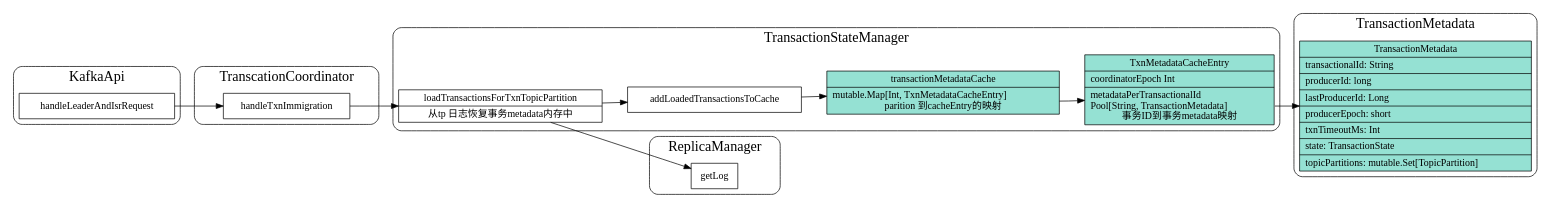
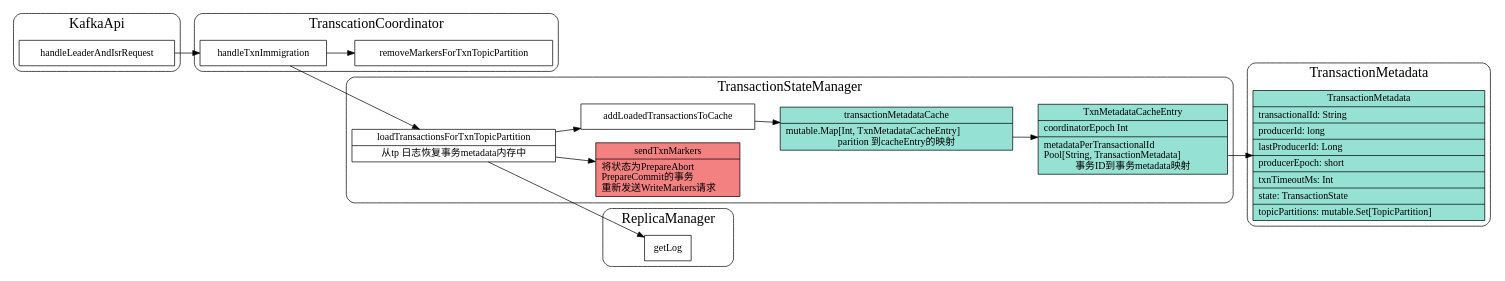
Before and after one commit to xieyu/blog: the diagram in src/kafka/txn-immigration.dot, drawn with Graphviz. The commit also changed 2 other files, not shown here.

Commit message:
draft: refine blog about kafka txn

```diff
--- a/src/kafka/txn-immigration.dot
+++ b/src/kafka/txn-immigration.dot
@@ -1,86 +1,101 @@
 digraph immigration {
   node[shape=box;];
   newrank=true;
   rankdir=LR;
 
   subgraph cluster_ReplicaManager {
     graph[label="ReplicaManager";fontsize=20;style=rounded];
     getLog;
   };
 
   subgraph cluster_TransactionMetadata {
     graph[label="TransactionMetadata";fontsize=20;style=rounded];
     TransactionMetadata[
       fillcolor="#95e1d3";
       style=filled;
       shape="record";
       label="{{
         TransactionMetadata|
         transactionalId: String \l|
         producerId: long \l|
         lastProducerId: Long \l|
         producerEpoch: short \l|
         txnTimeoutMs: Int \l|
         state: TransactionState \l|
         topicPartitions: mutable.Set[TopicPartition]\l
       }}";
     ];
     
   };
 
   subgraph cluster_TransactionStateManager {
     graph[label="TransactionStateManager";fontsize=20;style=rounded];
     transactionMetadataCache[
       fillcolor="#95e1d3";
       style=filled;
       shape="box3d";
       label="transactionMetadataCache"
     ];
     transactionMetadataCache[
       fillcolor="#95e1d3";
       style=filled;
       shape="record";
       label="{{
         transactionMetadataCache|
         <entry>mutable.Map[Int, TxnMetadataCacheEntry]\l
         parition 到cacheEntry的映射
       }}";
     ];
     TxnMetadataCacheEntry[
       shape="record";
       fillcolor="#95e1d3";
       style=filled;
       label="{{
         TxnMetadataCacheEntry|
         coordinatorEpoch Int \l|
         <meta> metadataPerTransactionalId \l 
         Pool[String, TransactionMetadata]\l
         事务ID到事务metadata映射
       }}";
     ];
     loadTransactionsForTxnTopicPartition[
       shape="record";
       label="{{
         loadTransactionsForTxnTopicPartition|
         从tp 日志恢复事务metadata内存中
       }}";
     ];
+    sendTxnMarkers[
+      fillcolor="#f38181"
+      style=filled;
+      shape="record";
+      label="{{
+        sendTxnMarkers|
+        将状态为PrepareAbort\l 
+        PrepareCommit的事务\l
+        重新发送WriteMarkers请求\l
+      }}";
+    ];
     transactionMetadataCache:entry -> TxnMetadataCacheEntry;
     TxnMetadataCacheEntry:meta -> TransactionMetadata;
 
     loadTransactionsForTxnTopicPartition-> {
       addLoadedTransactionsToCache
       getLog;
+      sendTxnMarkers;
     }
     addLoadedTransactionsToCache -> transactionMetadataCache;
   }
 
   subgraph cluster_TranscationCoordinator {
     graph[label="TranscationCoordinator";fontsize=20;style=rounded];
-    handleTxnImmigration -> loadTransactionsForTxnTopicPartition;
+    handleTxnImmigration -> {
+      loadTransactionsForTxnTopicPartition;
+      removeMarkersForTxnTopicPartition;
+    }
   };
   subgraph cluster_KafkaApi {
     graph[label="KafkaApi";fontsize=20;style=rounded];
     handleLeaderAndIsrRequest -> handleTxnImmigration;
   };
 }
```
